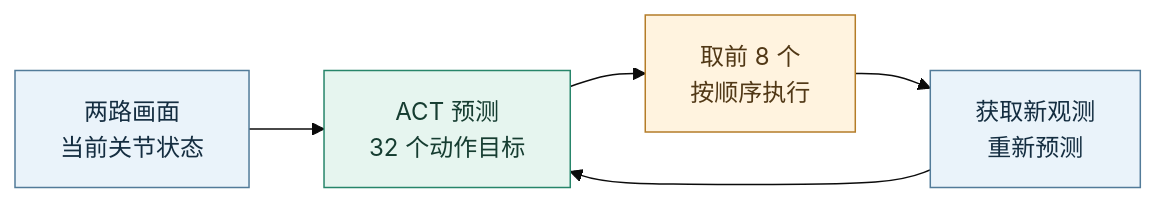
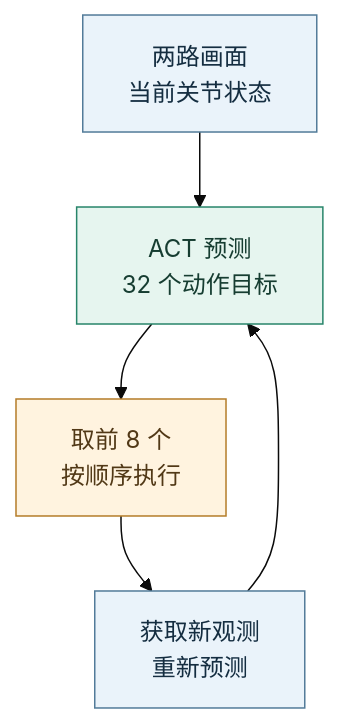
The second of 2 diagrams in README.md (sgyliu8/LeRobot), drawn with Mermaid (base theme) before and after one commit.

Commit message:
docs: keep ACT diagram clear of GitHub controls

````diff
--- a/README.md
+++ b/README.md
@@ -149,13 +149,13 @@
 ```mermaid
-flowchart LR
+flowchart TD
     O[两路画面<br/>当前关节状态] --> P[ACT 预测<br/>32 个动作目标]
     P --> E[取前 8 个<br/>按顺序执行]
     E --> R[获取新观测<br/>重新预测]
     R --> P
     classDef input fill:#eaf3fa,stroke:#527b99,color:#142d40
     classDef model fill:#e6f5ef,stroke:#27856a,color:#163d31
     classDef action fill:#fff3df,stroke:#b47c28,color:#513816
     class O,R input
     class P model
     class E action
 ```
````
